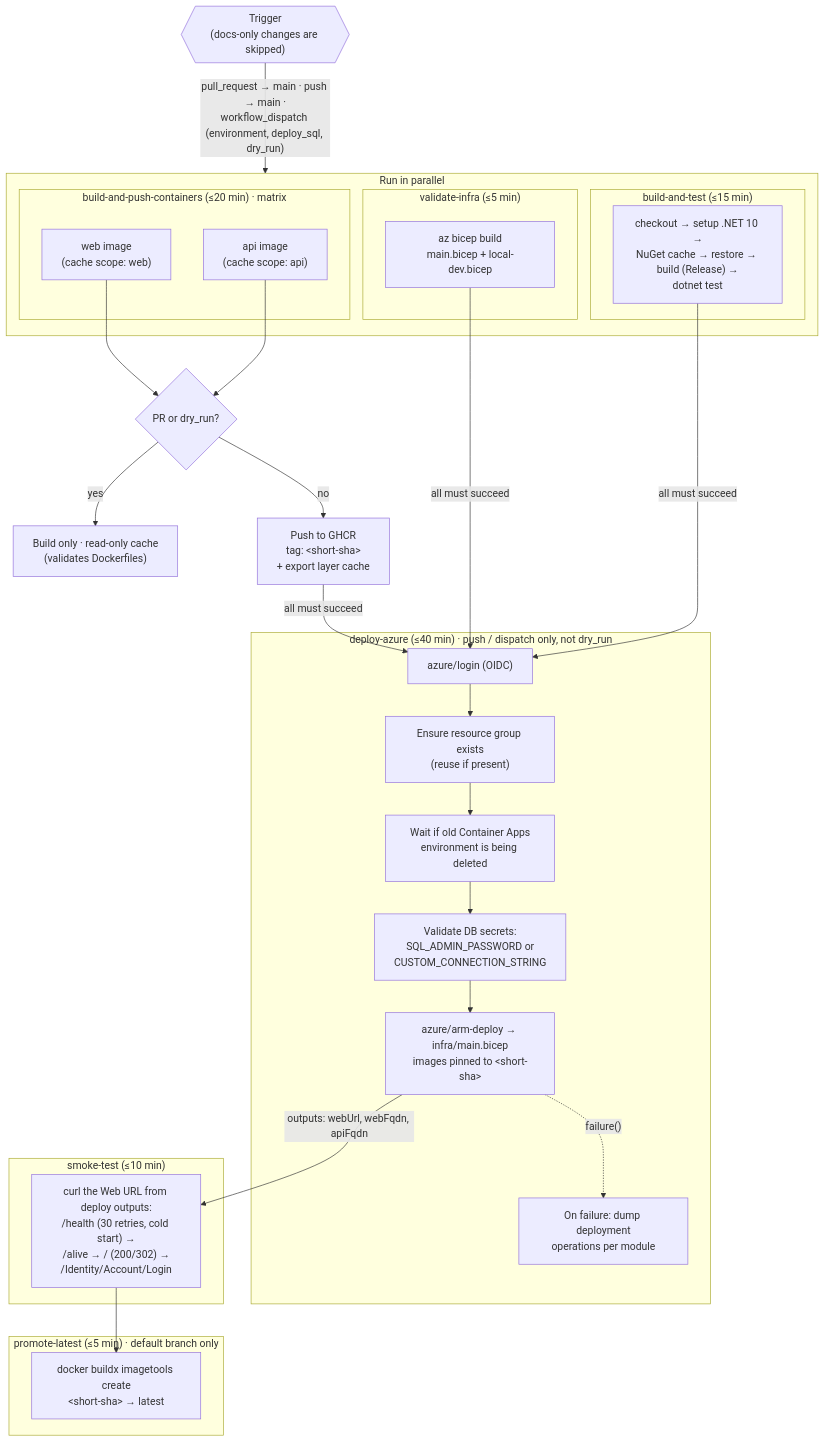
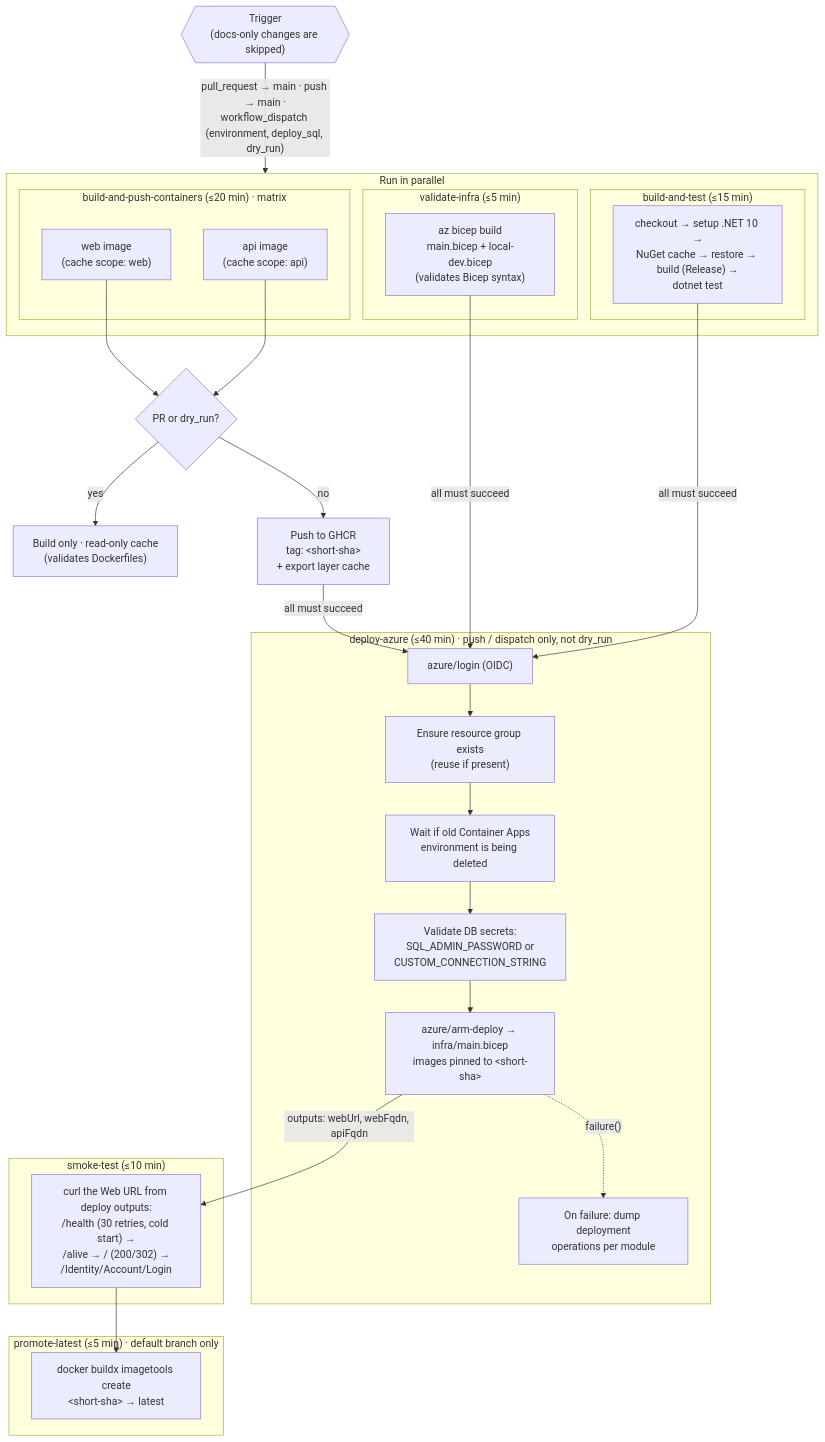
One commit to tngo0508/PersonalFinance changed the third of 8 diagrams in deployment.md. Above: the diagram before and after it, drawn with Mermaid. The commit also changed other lines of this file and 2 other files, not shown here.

````diff
--- a/deployment.md
+++ b/deployment.md
@@ -104,46 +104,46 @@
 ```mermaid
 flowchart TD
     trigger{{"Trigger<br/>(docs-only changes are skipped)"}}
     trigger -->|"pull_request → main · push → main ·<br/>workflow_dispatch (environment, deploy_sql, dry_run)"| parallel
 
     subgraph parallel["Run in parallel"]
         subgraph job1["build-and-test (≤15 min)"]
             bt["checkout → setup .NET 10 →<br/>NuGet cache → restore → build (Release) →<br/>dotnet test"]
         end
         subgraph job1b["validate-infra (≤5 min)"]
-            vi["az bicep build<br/>main.bicep + local-dev.bicep"]
+            vi["az bicep build<br/>main.bicep + local-dev.bicep<br/>(validates Bicep syntax)"]
         end
         subgraph job2["build-and-push-containers (≤20 min) · matrix"]
             imgapi["api image<br/>(cache scope: api)"]
             imgweb["web image<br/>(cache scope: web)"]
         end
     end
 
     push{"PR or dry_run?"}
     imgapi & imgweb --> push
     push -->|"yes"| nopush["Build only · read-only cache<br/>(validates Dockerfiles)"]
     push -->|"no"| pushed["Push to GHCR<br/>tag: &lt;short-sha&gt;<br/>+ export layer cache"]
 
     subgraph job3["deploy-azure (≤40 min) · push / dispatch only, not dry_run"]
         login["azure/login (OIDC)"]
         rg["Ensure resource group exists<br/>(reuse if present)"]
         wait["Wait if old Container Apps<br/>environment is being deleted"]
         val["Validate DB secrets:<br/>SQL_ADMIN_PASSWORD or<br/>CUSTOM_CONNECTION_STRING"]
         bicep["azure/arm-deploy → infra/main.bicep<br/>images pinned to &lt;short-sha&gt;"]
         diag["On failure: dump deployment<br/>operations per module"]
         login --> rg --> wait --> val --> bicep
         bicep -. "failure()" .-> diag
     end
 
     subgraph job4["smoke-test (≤10 min)"]
         smoke["curl the Web URL from deploy outputs:<br/>/health (30 retries, cold start) →<br/>/alive → / (200/302) →<br/>/Identity/Account/Login"]
     end
 
     subgraph job5["promote-latest (≤5 min) · default branch only"]
         latest["docker buildx imagetools create<br/>&lt;short-sha&gt; → latest"]
     end
 
     bt & vi & pushed -->|"all must succeed"| login
     bicep -->|"outputs: webUrl, webFqdn, apiFqdn"| smoke
     smoke --> latest
 ```
````
